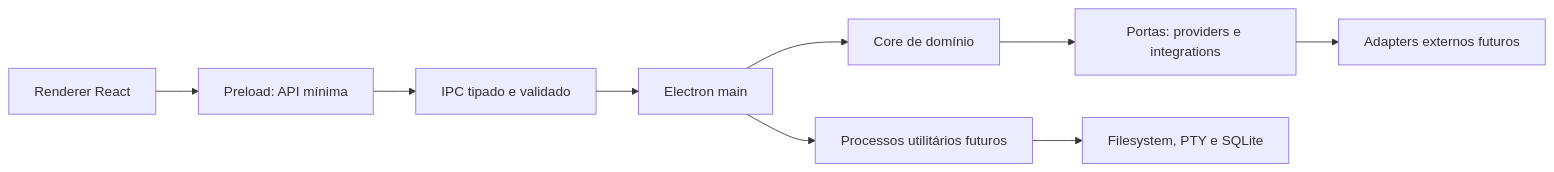
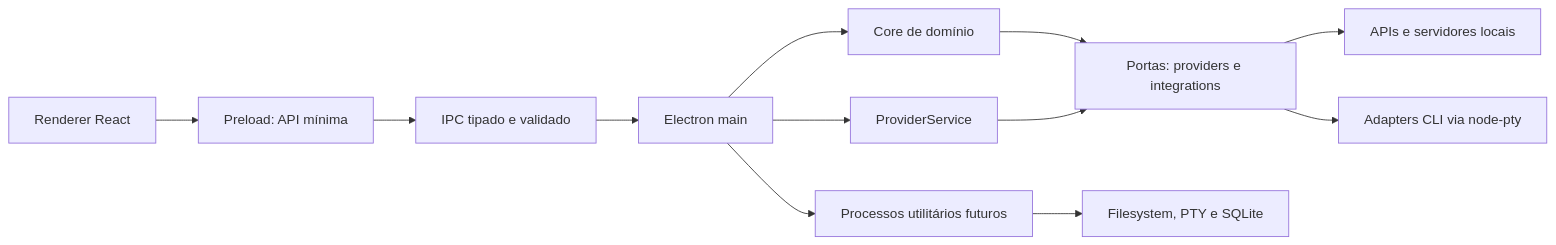
The diagram in docs/architecture.md (spxmiguel/visualnscode), drawn with Mermaid before and after one commit. The commit also changed other lines of this file and 6 other files, not shown here.

````diff
--- a/docs/architecture.md
+++ b/docs/architecture.md
@@ -13,11 +13,14 @@
 ```mermaid
 flowchart LR
   UI["Renderer React"] --> PRE["Preload: API mínima"]
   PRE --> IPC["IPC tipado e validado"]
   IPC --> MAIN["Electron main"]
   MAIN --> CORE["Core de domínio"]
+  MAIN --> RUNTIME["ProviderService"]
   MAIN --> WORKER["Processos utilitários futuros"]
   CORE --> PORTS["Portas: providers e integrations"]
-  PORTS --> ADAPTERS["Adapters externos futuros"]
+  RUNTIME --> PORTS
+  PORTS --> HTTP["APIs e servidores locais"]
+  PORTS --> PTY["Adapters CLI via node-pty"]
   WORKER --> OS["Filesystem, PTY e SQLite"]
 ```
````
